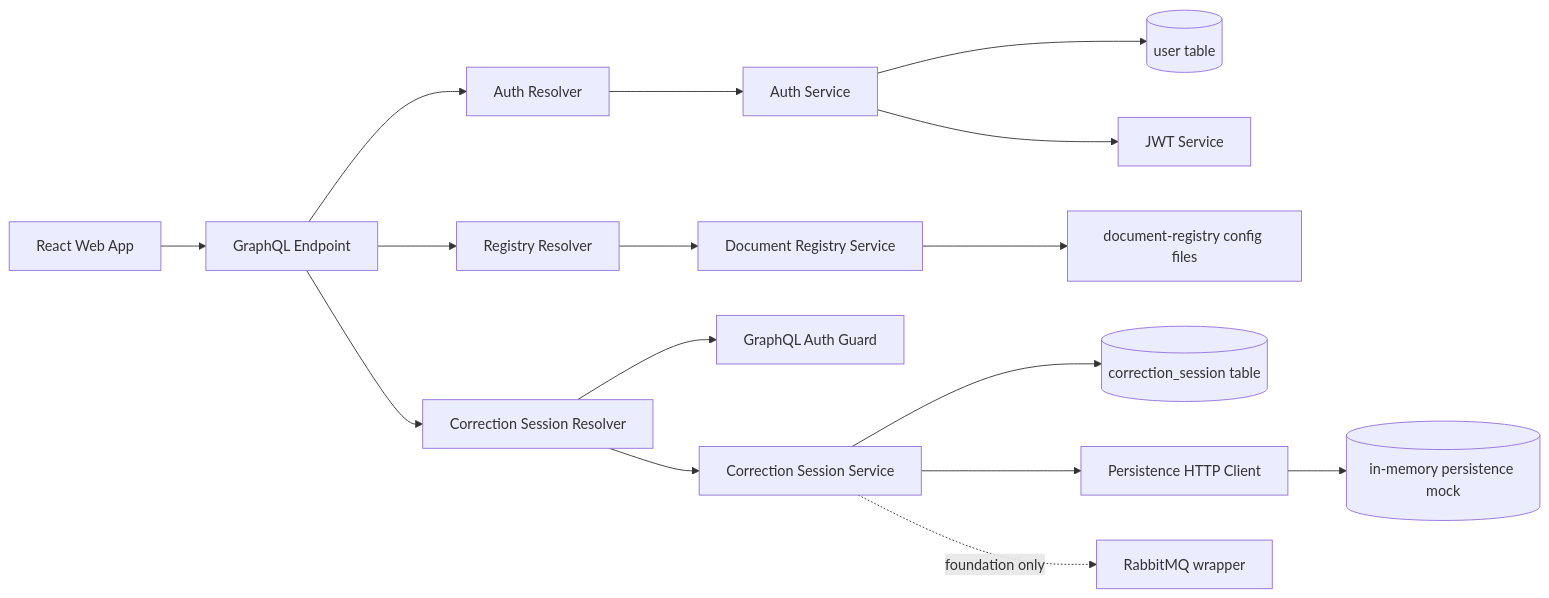
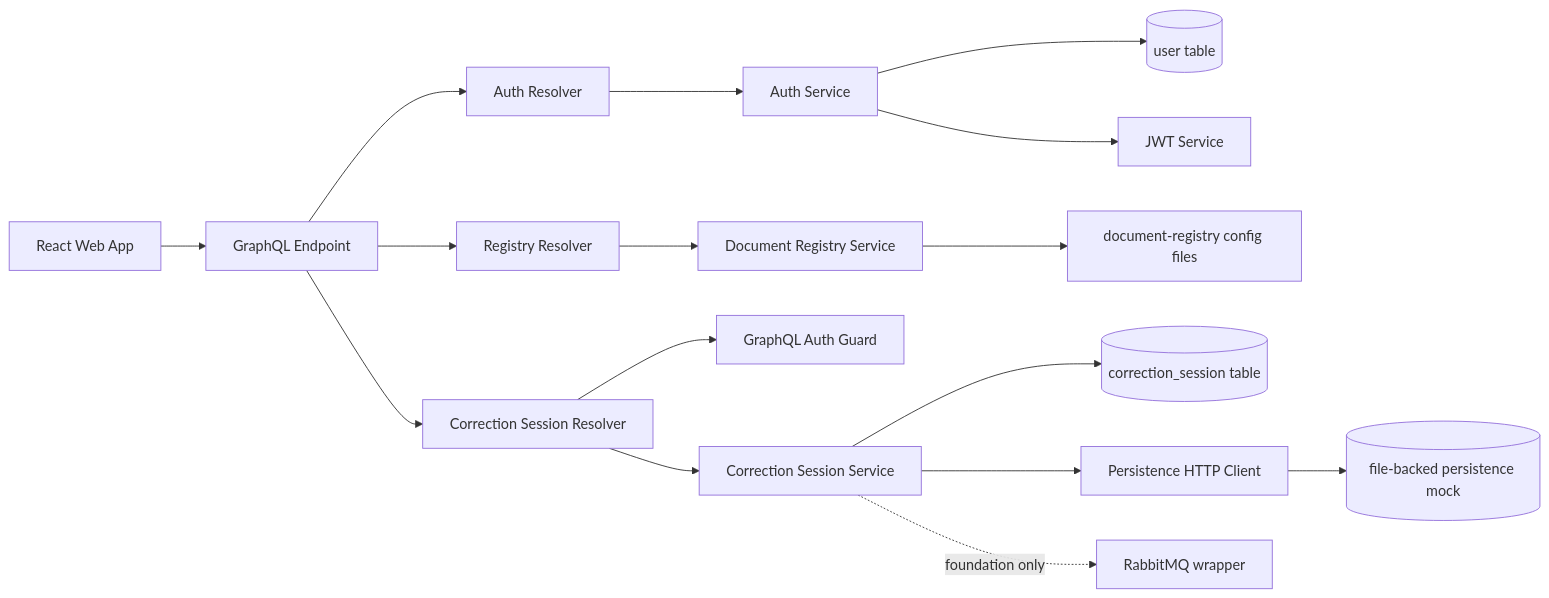
The first of 5 diagrams in docs/phase-1-backend-foundation-plan.md (MarneusKalgar/aspectloop), drawn with Mermaid before and after one commit. The commit also changed other lines of this file and 10 other files, not shown here.

Commit message:
feature: Enhance persistence mock with file-backed storage and update documentation

````diff
--- a/docs/phase-1-backend-foundation-plan.md
+++ b/docs/phase-1-backend-foundation-plan.md
@@ -79,23 +79,23 @@
 ```mermaid
 flowchart LR
   Web[React Web App] --> GQL[GraphQL Endpoint]
 
   GQL --> AuthResolver[Auth Resolver]
   GQL --> RegistryResolver[Registry Resolver]
   GQL --> SessionResolver[Correction Session Resolver]
 
   AuthResolver --> AuthService[Auth Service]
   AuthService --> UserRepo[(user table)]
   AuthService --> JwtService[JWT Service]
 
   RegistryResolver --> RegistryService[Document Registry Service]
   RegistryService --> RegistryFiles[document-registry config files]
 
   SessionResolver --> AuthGuard[GraphQL Auth Guard]
   SessionResolver --> SessionService[Correction Session Service]
   SessionService --> SessionRepo[(correction_session table)]
   SessionService --> PersistenceClient[Persistence HTTP Client]
-  PersistenceClient --> MockStore[(in-memory persistence mock)]
+  PersistenceClient --> MockStore[(file-backed persistence mock)]
 
   SessionService -. foundation only .-> RabbitMQ[RabbitMQ wrapper]
 ```
````
